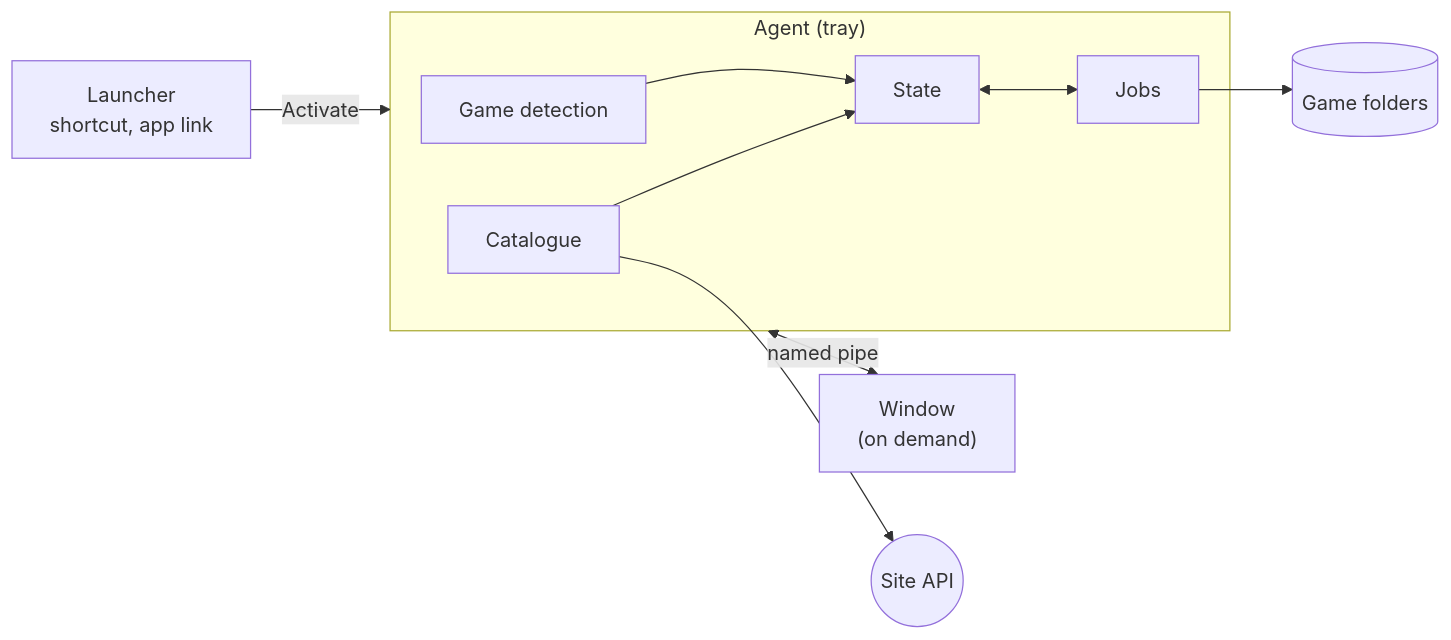
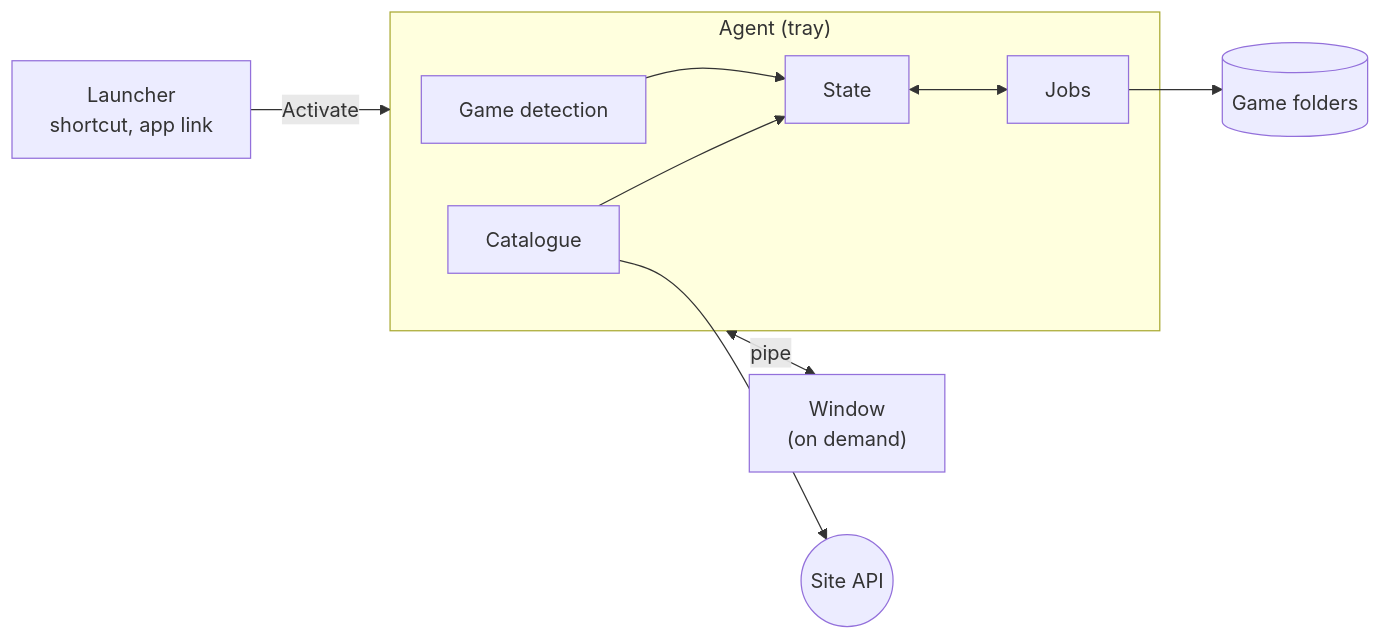
One commit to GrzybDev/JustModIt-Manager changed the diagram in docs/architecture/README.md. Above: the diagram before and after it, drawn with Mermaid. The commit also changed other lines of this file and 14 other files, not shown here.

````diff
--- a/docs/architecture/README.md
+++ b/docs/architecture/README.md
@@ -15,12 +16,12 @@
 ```mermaid
 flowchart LR
     Launcher["Launcher<br/>shortcut, app link"] -- Activate --> Agent
     subgraph Agent["Agent (tray)"]
         Detection["Game detection"] --> State["State"]
         Catalogue["Catalogue"] --> State
         State <--> Jobs["Jobs"]
     end
-    Agent <-- named pipe --> Window["Window<br/>(on demand)"]
+    Agent <-- pipe --> Window["Window<br/>(on demand)"]
     Jobs --> Games[("Game folders")]
     Catalogue --> Site(("Site API"))
 ```
````
